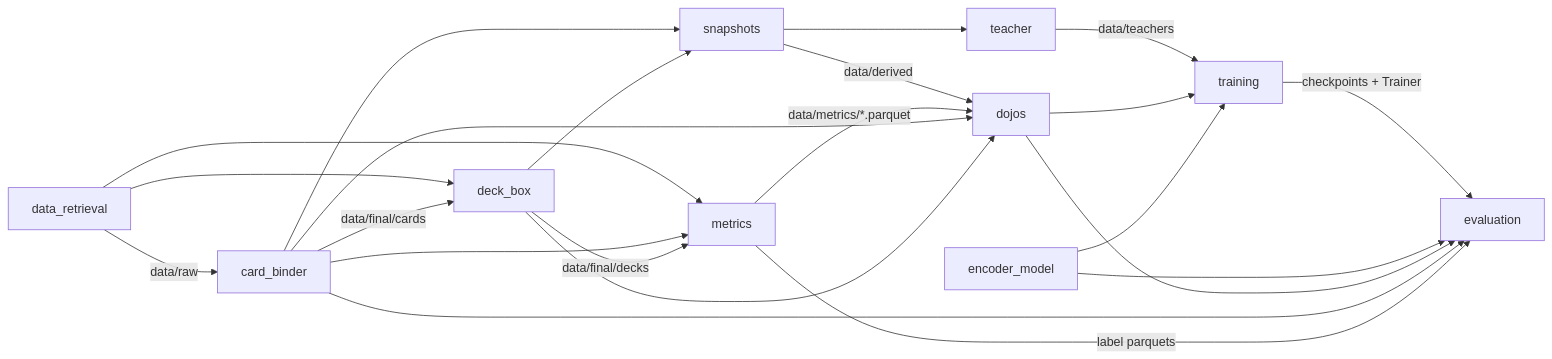
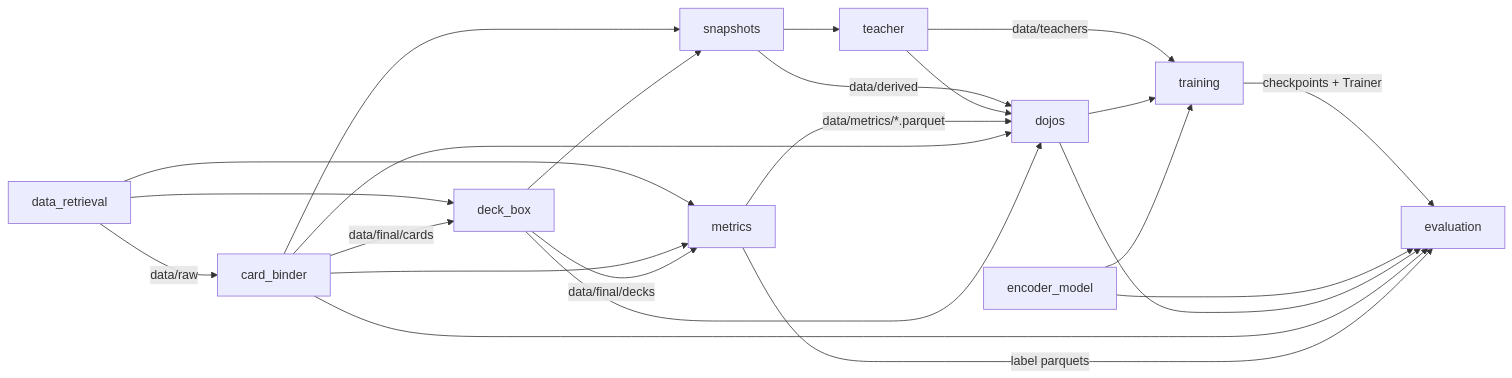
The diagram in src/README.md (toon-leader-bacon/TradingCardGameEmbeddings), drawn with Mermaid before and after one commit. The commit also changed other lines of this file and 26 other files, not shown here.

````diff
--- a/src/README.md
+++ b/src/README.md
@@ -11,24 +11,25 @@
 ```mermaid
 flowchart LR
     R[data_retrieval] -->|data/raw| CB[card_binder]
     R --> DB[deck_box]
     R --> M[metrics]
     CB -->|data/final/cards| DB
     CB --> M
     DB -->|data/final/decks| M
     CB --> S[snapshots]
     DB --> S
     S -->|data/derived| D
     S --> TE[teacher]
     TE -->|data/teachers| T
+    TE --> D
     M -->|data/metrics/*.parquet| D[dojos]
     CB --> D
     DB --> D
     D --> T[training]
     E[encoder_model] --> T
     T -->|checkpoints + Trainer| V[evaluation]
     E --> V
     D --> V
     CB --> V
     M -->|label parquets| V
 ```
````
